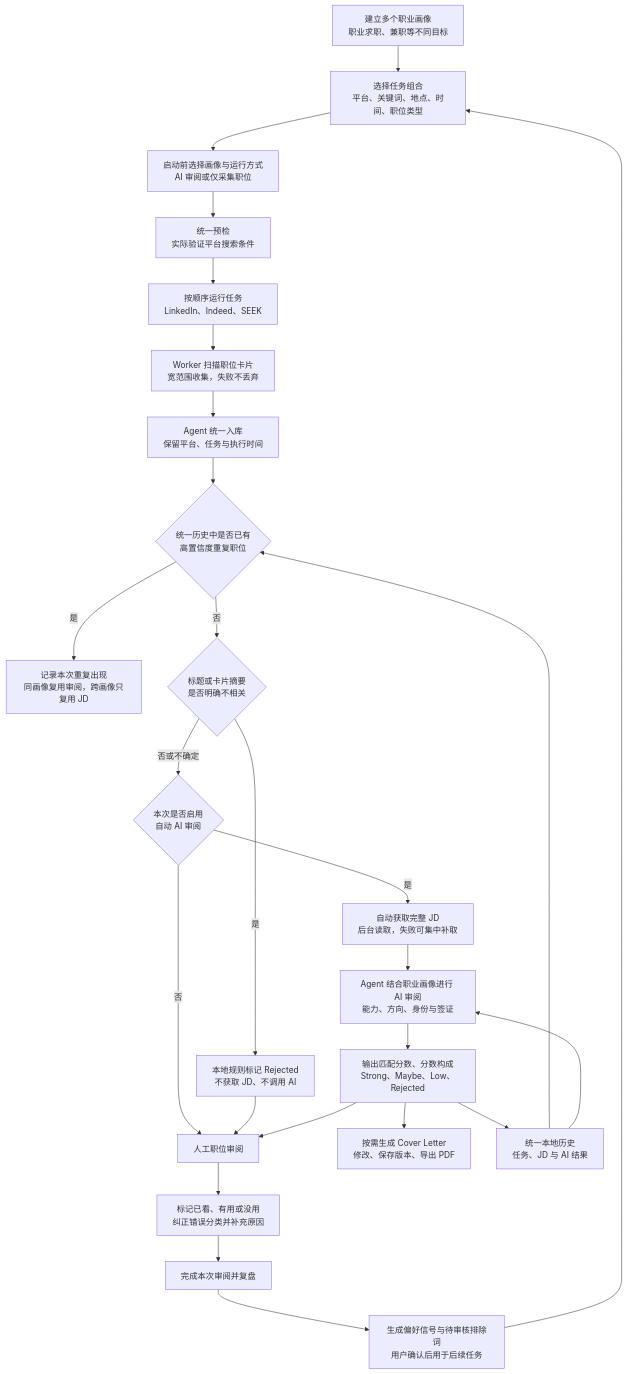
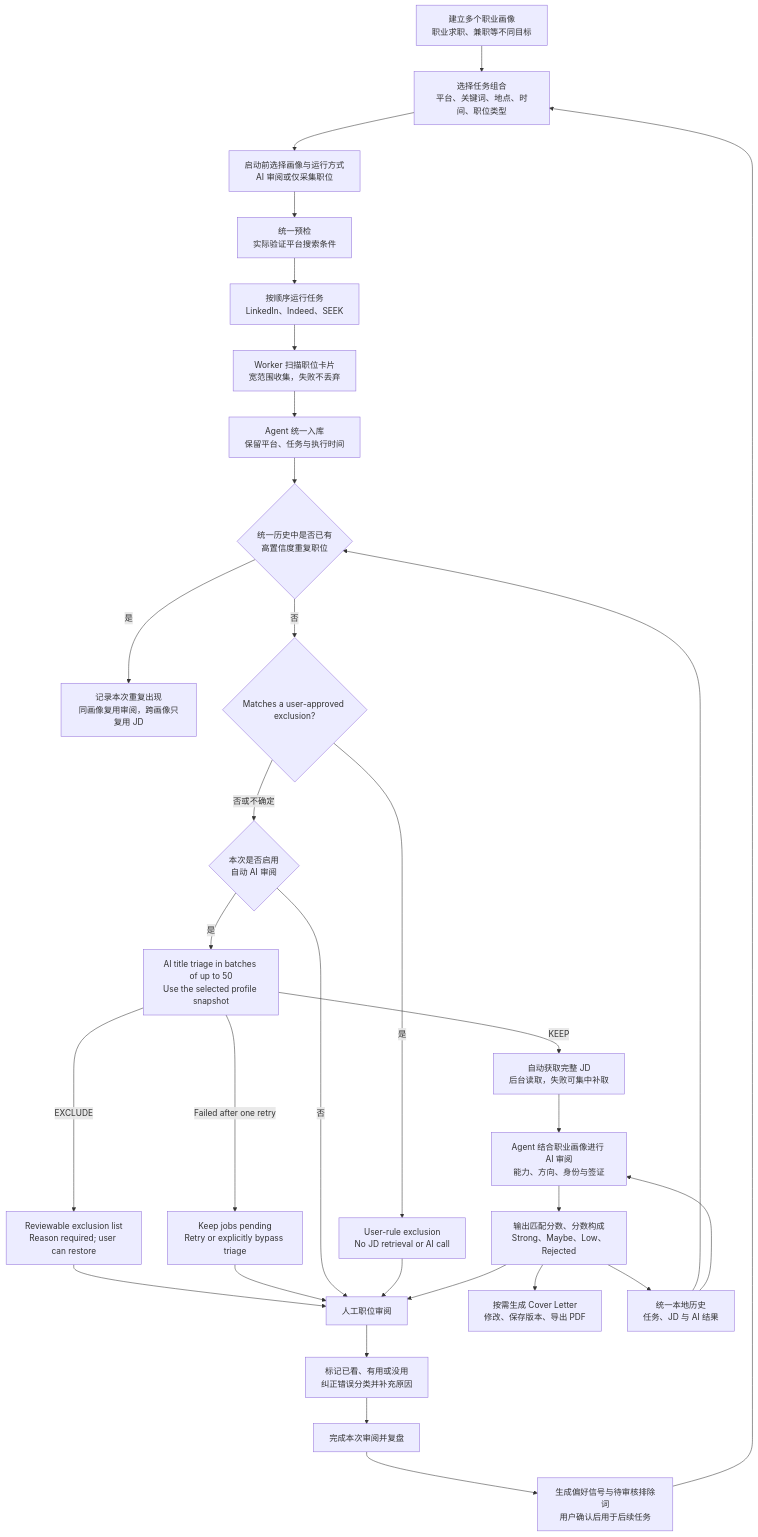
Before and after one commit to Young501/job_agent: the diagram in README.md, drawn with Mermaid. The commit also changed other lines of this file and 14 other files, not shown here.

Commit message:
Add profile-aware batch title triage before JD review

````diff
--- a/README.md
+++ b/README.md
@@ -15,28 +15,33 @@
 ```mermaid
 flowchart TD
     A["建立多个职业画像<br/>职业求职、兼职等不同目标"] --> B["选择任务组合<br/>平台、关键词、地点、时间、职位类型"]
     B --> B1["启动前选择画像与运行方式<br/>AI 审阅或仅采集职位"]
     B1 --> C["统一预检<br/>实际验证平台搜索条件"]
     C --> D["按顺序运行任务<br/>LinkedIn、Indeed、SEEK"]
     D --> E["Worker 扫描职位卡片<br/>宽范围收集，失败不丢弃"]
     E --> F["Agent 统一入库<br/>保留平台、任务与执行时间"]
     F --> G{"统一历史中是否已有<br/>高置信度重复职位"}
     G -->|"是"| H["记录本次重复出现<br/>同画像复用审阅，跨画像只复用 JD"]
-    G -->|"否"| I{"标题或卡片摘要<br/>是否明确不相关"}
-    I -->|"是"| J["本地规则标记 Rejected<br/>不获取 JD、不调用 AI"]
+    G -->|"否"| I{"Matches a user-approved exclusion?"}
+    I -->|"是"| J["User-rule exclusion<br/>No JD retrieval or AI call"]
     I -->|"否或不确定"| X{"本次是否启用<br/>自动 AI 审阅"}
-    X -->|"是"| K["自动获取完整 JD<br/>后台读取，失败可集中补取"]
+    X -->|"是"| T["AI title triage in batches of up to 50<br/>Use the selected profile snapshot"]
+    T -->|"KEEP"| K["自动获取完整 JD<br/>后台读取，失败可集中补取"]
+    T -->|"EXCLUDE"| E1["Reviewable exclusion list<br/>Reason required; user can restore"]
+    T -->|"Failed after one retry"| E2["Keep jobs pending<br/>Retry or explicitly bypass triage"]
+    E1 --> N
+    E2 --> N
     X -->|"否"| N
     K --> L["Agent 结合职业画像进行 AI 审阅<br/>能力、方向、身份与签证"]
     L --> M["输出匹配分数、分数构成<br/>Strong、Maybe、Low、Rejected"]
     J --> N["人工职位审阅"]
     M --> N
     N --> O["标记已看、有用或没用<br/>纠正错误分类并补充原因"]
     O --> P["完成本次审阅并复盘"]
     P --> Q["生成偏好信号与待审核排除词<br/>用户确认后用于后续任务"]
     Q --> B
     M --> S["按需生成 Cover Letter<br/>修改、保存版本、导出 PDF"]
     R["统一本地历史<br/>任务、JD 与 AI 结果"] --> G
     R --> L
     M --> R
 ```
````
